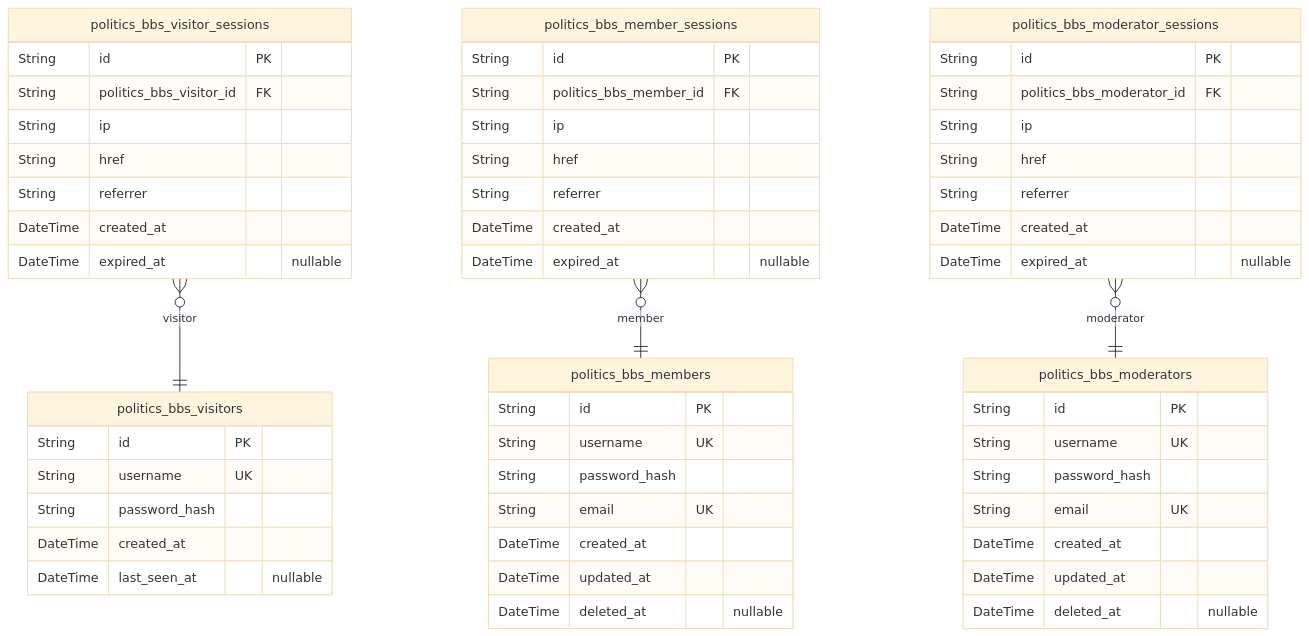
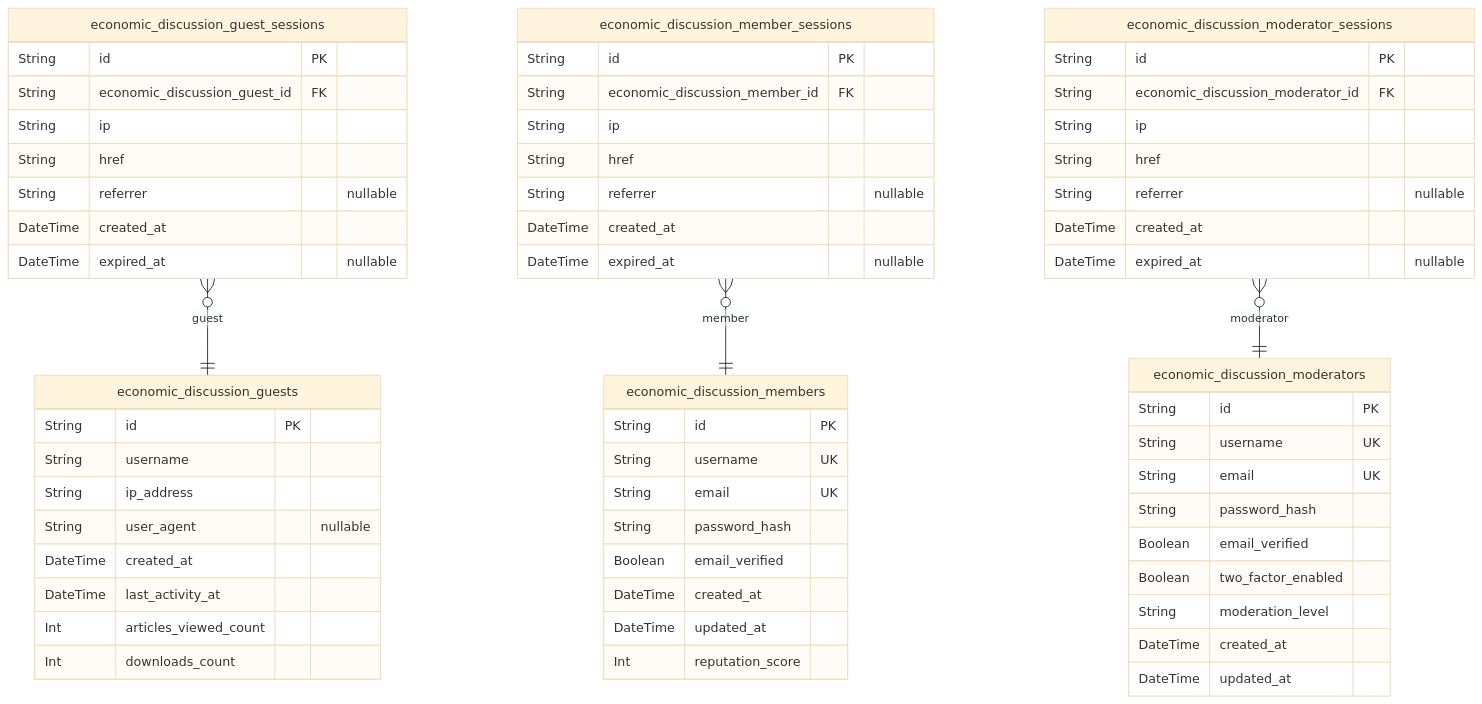
The second of 6 diagrams in moonshotai/kimi-k2-0905-exacto/bbs/docs/ERD.md (wrtnlabs/autobe-examples), drawn with Mermaid (base theme) before and after one commit. The commit also changed other lines of this file and 22498 other files, not shown here.

````diff
--- a/moonshotai/kimi-k2-0905-exacto/bbs/docs/ERD.md
+++ b/moonshotai/kimi-k2-0905-exacto/bbs/docs/ERD.md
@@ -58,58 +135,64 @@
 ```mermaid
 erDiagram
-"politics_bbs_visitors" {
+"economic_discussion_guests" {
+  String id PK
+  String username
+  String ip_address
+  String user_agent "nullable"
+  DateTime created_at
+  DateTime last_activity_at
+  Int articles_viewed_count
+  Int downloads_count
+}
+"economic_discussion_members" {
   String id PK
   String username UK
+  String email UK
   String password_hash
+  Boolean email_verified
   DateTime created_at
-  DateTime last_seen_at "nullable"
+  DateTime updated_at
+  Int reputation_score
 }
-"politics_bbs_members" {
+"economic_discussion_moderators" {
   String id PK
   String username UK
+  String email UK
   String password_hash
-  String email UK
+  Boolean email_verified
+  Boolean two_factor_enabled
+  String moderation_level
   DateTime created_at
   DateTime updated_at
-  DateTime deleted_at "nullable"
 }
-"politics_bbs_moderators" {
+"economic_discussion_guest_sessions" {
   String id PK
-  String username UK
-  String password_hash
-  String email UK
-  DateTime created_at
-  DateTime updated_at
-  DateTime deleted_at "nullable"
-}
-"politics_bbs_visitor_sessions" {
-  String id PK
-  String politics_bbs_visitor_id FK
+  String economic_discussion_guest_id FK
   String ip
   String href
-  String referrer
+  String referrer "nullable"
   DateTime created_at
   DateTime expired_at "nullable"
 }
-"politics_bbs_member_sessions" {
+"economic_discussion_member_sessions" {
   String id PK
-  String politics_bbs_member_id FK
+  String economic_discussion_member_id FK
   String ip
   String href
-  String referrer
+  String referrer "nullable"
   DateTime created_at
   DateTime expired_at "nullable"
 }
-"politics_bbs_moderator_sessions" {
+"economic_discussion_moderator_sessions" {
   String id PK
-  String politics_bbs_moderator_id FK
+  String economic_discussion_moderator_id FK
   String ip
   String href
-  String referrer
+  String referrer "nullable"
   DateTime created_at
   DateTime expired_at "nullable"
 }
-"politics_bbs_visitor_sessions" }o--|| "politics_bbs_visitors" : visitor
-"politics_bbs_member_sessions" }o--|| "politics_bbs_members" : member
-"politics_bbs_moderator_sessions" }o--|| "politics_bbs_moderators" : moderator
+"economic_discussion_guest_sessions" }o--|| "economic_discussion_guests" : guest
+"economic_discussion_member_sessions" }o--|| "economic_discussion_members" : member
+"economic_discussion_moderator_sessions" }o--|| "economic_discussion_moderators" : moderator
 ```
````
